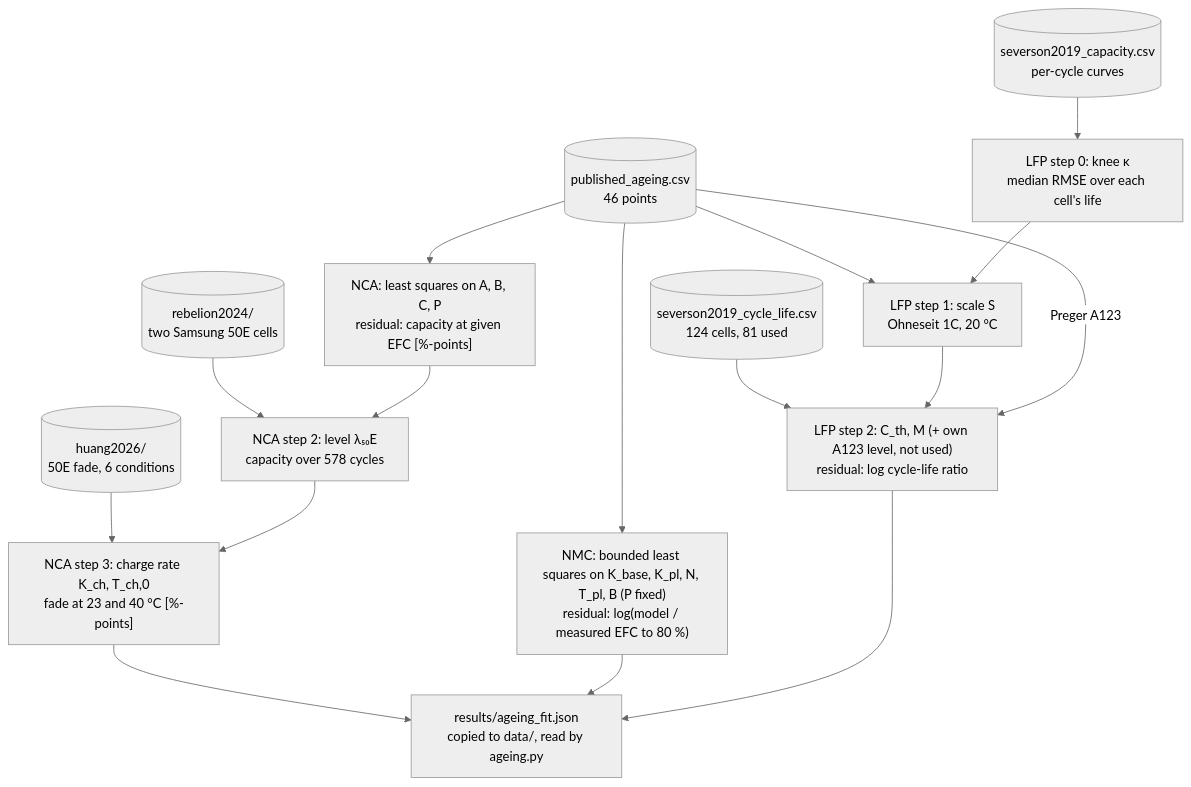
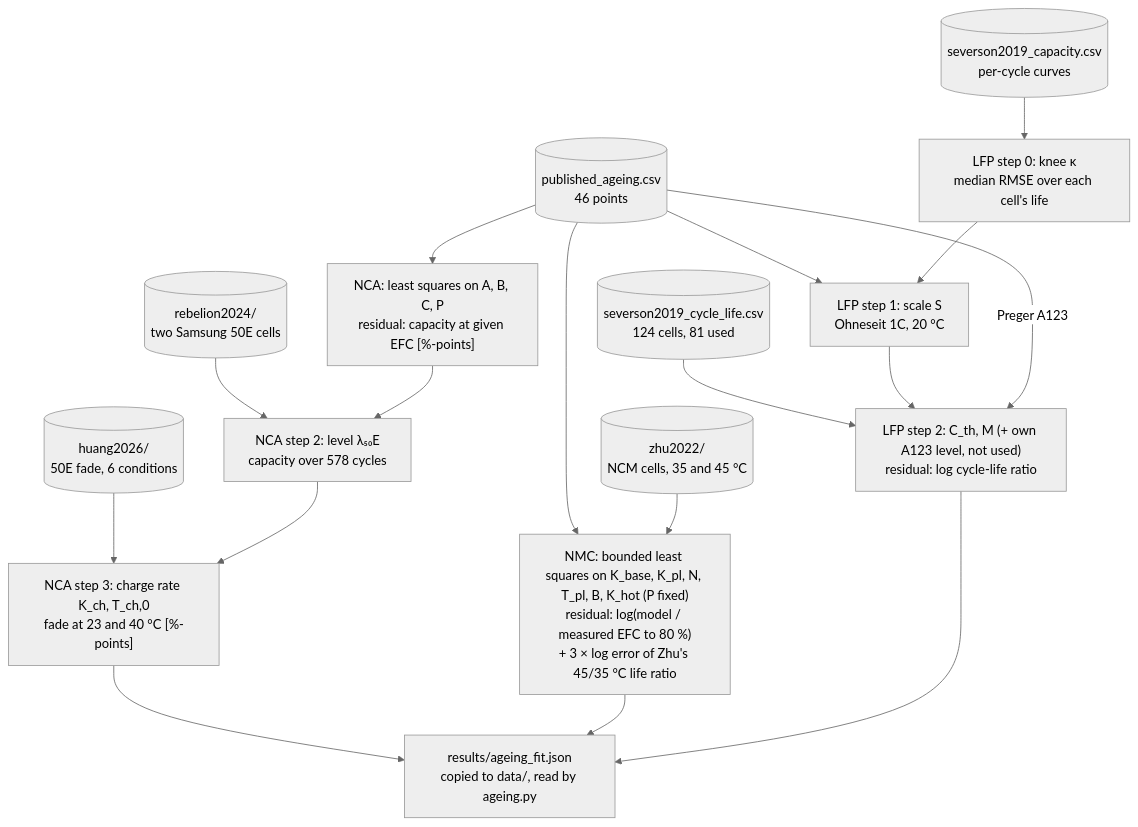
One commit to TheJohn01/DigitalTwinBattery changed the seventh of 12 diagrams in README.md. Above: the diagram before and after it, drawn with Mermaid (neutral theme). The commit also changed other lines of this file and 9 other files, not shown here.

First line of the commit message:
NMC ages faster above 35 °C (Zhu et al. 2022 NCM cells at 35 and 45 °C)

````diff
--- a/README.md
+++ b/README.md
@@ -1181,23 +1188,24 @@
 ```mermaid
 flowchart TD
     CSV[("published_ageing.csv<br/>46 points")] --> NCA
     CSV --> NMC
     CSV --> LFP1
     SEV[("severson2019_cycle_life.csv<br/>124 cells, 81 used")] --> LFP2
     CUR[("severson2019_capacity.csv<br/>per-cycle curves")] --> LFP0
     LFP0["LFP step 0: knee κ<br/>median RMSE over each cell's life"]
     LFP0 --> LFP1
     NCA["NCA: least squares on A, B, C, P<br/>residual: capacity at given EFC [%-points]"]
-    NMC["NMC: bounded least squares on K_base, K_pl, N, T_pl, B (P fixed)<br/>residual: log(model / measured EFC to 80 %)"]
+    ZHU[("zhu2022/<br/>NCM cells, 35 and 45 °C")] --> NMC
+    NMC["NMC: bounded least squares on K_base, K_pl, N, T_pl, B, K_hot (P fixed)<br/>residual: log(model / measured EFC to 80 %)<br/>+ 3 × log error of Zhu's 45/35 °C life ratio"]
     LFP1["LFP step 1: scale S<br/>Ohneseit 1C, 20 °C"]
     LFP2["LFP step 2: C_th, M (+ own A123 level, not used)<br/>residual: log cycle-life ratio"]
     LFP1 --> LFP2
     CSV -- "Preger A123" --> LFP2
     REB[("rebelion2024/<br/>two Samsung 50E cells")] --> NCA2
     NCA --> NCA2["NCA step 2: level λ₅₀E<br/>capacity over 578 cycles"]
     HUA[("huang2026/<br/>50E fade, 6 conditions")] --> NCA3
     NCA2 --> NCA3["NCA step 3: charge rate K_ch, T_ch,0<br/>fade at 23 and 40 °C [%-points]"]
     NCA3 --> OUT["results/ageing_fit.json<br/>copied to data/, read by ageing.py"]
     NMC --> OUT
     LFP2 --> OUT
 ```
````
